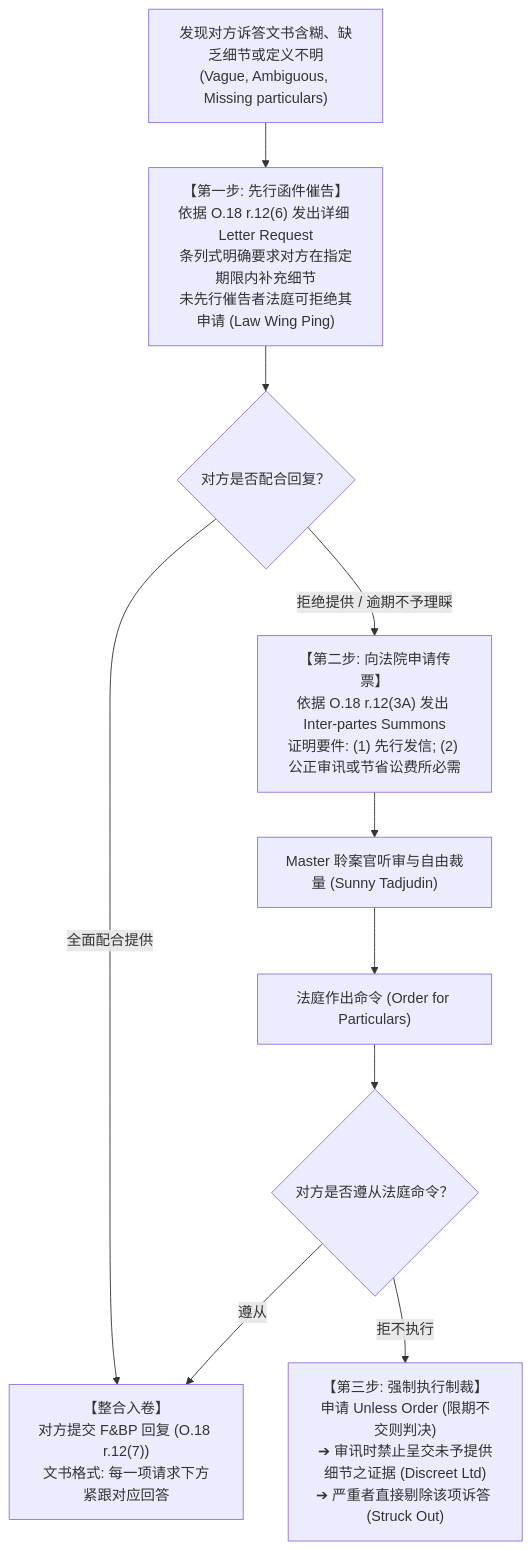
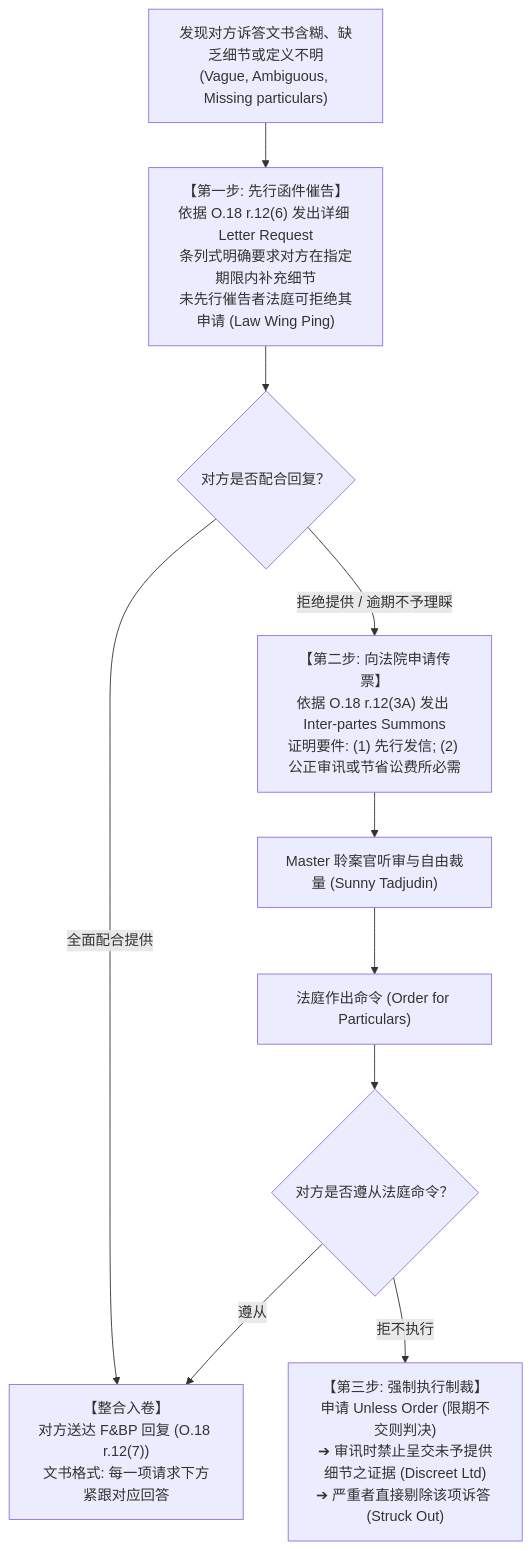
One commit to mixxmax/pcll-litigation-cards changed the eighth of 11 diagrams in src/content/docs/institutions/co04-05-10-pleadings.md. Above: the diagram before and after it, drawn with Mermaid. The commit also changed other lines of this file and 5 other files, not shown here.

````diff
--- a/src/content/docs/institutions/co04-05-10-pleadings.md
+++ b/src/content/docs/institutions/co04-05-10-pleadings.md
@@ -752,18 +773,18 @@
 ```mermaid
 flowchart TD
     VaguePlead["发现对方诉答文书含糊、缺乏细节或定义不明<br>(Vague, Ambiguous, Missing particulars)"] --> Step1["【第一步: 先行函件催告】<br>依据 O.18 r.12(6) 发出详细 Letter Request<br>条列式明确要求对方在指定期限内补充细节<br>未先行催告者法庭可拒绝其申请 (Law Wing Ping)"]
     
     Step1 --> RespCheck{"对方是否配合回复？"}
     
-    RespCheck -->|"全面配合提供"| MergeFBP["【整合入卷】<br>对方提交 F&BP 回复 (O.18 r.12(7))<br>文书格式: 每一项请求下方紧跟对应回答"]
+    RespCheck -->|"全面配合提供"| MergeFBP["【整合入卷】<br>对方送达 F&BP 回复 (O.18 r.12(7))<br>文书格式: 每一项请求下方紧跟对应回答"]
     
     RespCheck -->|"拒绝提供 / 逾期不予理睬"| Step2["【第二步: 向法院申请传票】<br>依据 O.18 r.12(3A) 发出 Inter-partes Summons<br>证明要件: (1) 先行发信; (2) 公正审讯或节省讼费所必需"]
     
     Step2 --> Hearing["Master 聆案官听审与自由裁量 (Sunny Tadjudin)"]
     Hearing --> Order["法庭作出命令 (Order for Particulars)"]
     
     Order --> ComplyCheck{"对方是否遵从法庭命令？"}
     
     ComplyCheck -->|"遵从"| MergeFBP
     ComplyCheck -->|"拒不执行"| Step3["【第三步: 强制执行制裁】<br>申请 Unless Order (限期不交则判决)<br>➔ 审讯时禁止呈交未予提供细节之证据 (Discreet Ltd)<br>➔ 严重者直接剔除该项诉答 (Struck Out)"]
 ```
````
